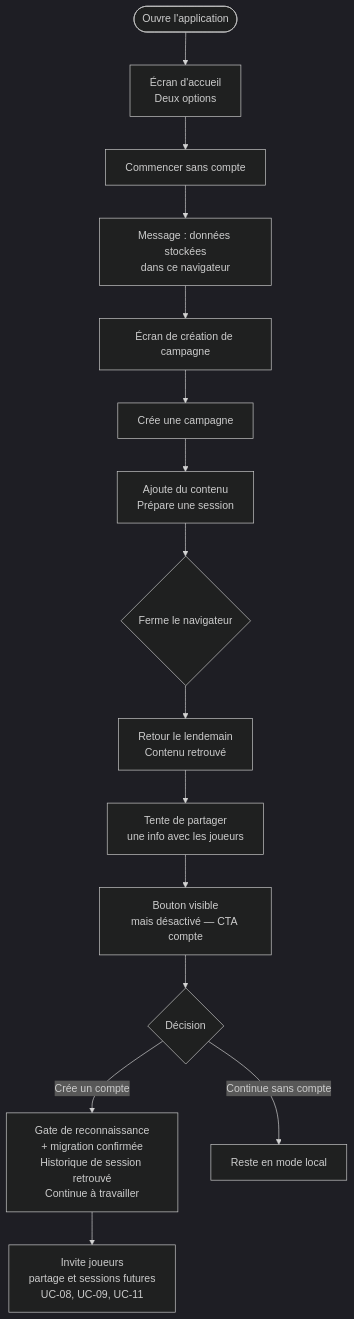
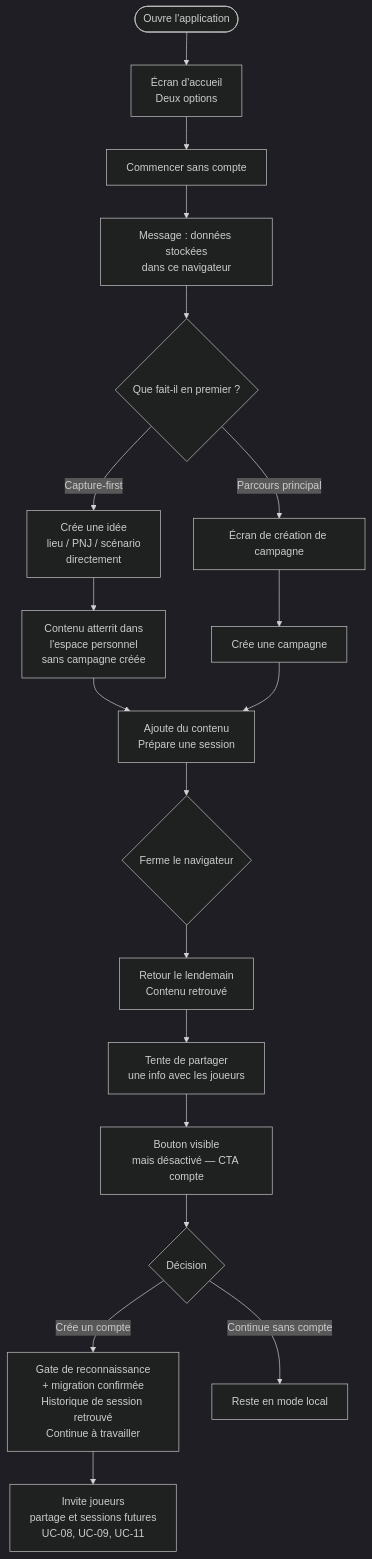
The second of 2 diagrams in docs/conception/user-journeys/UJ-UC-01-mode-local-sans-compte.md (2025-10-CDA-ECO-P6/PM-micro-saas), drawn with Mermaid (dark theme) before and after one commit. The commit also changed other lines of this file and 84 other files, not shown here.

First line of the commit message:
docs(conception): généralisation Campaign→Space + espace personnel (ADR-018)

````diff
--- a/docs/conception/user-journeys/UJ-UC-01-mode-local-sans-compte.md
+++ b/docs/conception/user-journeys/UJ-UC-01-mode-local-sans-compte.md
@@ -54,17 +57,21 @@
 ```mermaid
 flowchart TD
     A([Ouvre l'application]) --> B[Écran d'accueil\nDeux options]
     B --> C[Commencer sans compte]
     C --> D[Message : données stockées\ndans ce navigateur]
-    D --> E[Écran de création de campagne]
-    E --> F[Crée une campagne]
-    F --> G[Ajoute du contenu\nPrépare une session]
+    D --> E{Que fait-il en premier ?}
+    E -->|Capture-first| CF[Crée une idée\nlieu / PNJ / scénario\ndirectement]
+    CF --> CFR[Contenu atterrit dans\nl'espace personnel\nsans campagne créée]
+    CFR --> G
+    E -->|Parcours principal| F[Écran de création de campagne]
+    F --> FC[Crée une campagne]
+    FC --> G[Ajoute du contenu\nPrépare une session]
     G --> H{Ferme le navigateur}
     H --> I[Retour le lendemain\nContenu retrouvé]
     I --> J[Tente de partager\nune info avec les joueurs]
     J --> K[Bouton visible\nmais désactivé — CTA compte]
     K --> L{Décision}
     L -->|Crée un compte| M[Gate de reconnaissance\n+ migration confirmée\nHistorique de session retrouvé\nContinue à travailler]
     M --> O[Invite joueurs\npartage et sessions futures\nUC-08, UC-09, UC-11]
     L -->|Continue sans compte| N[Reste en mode local]
 ```
````
